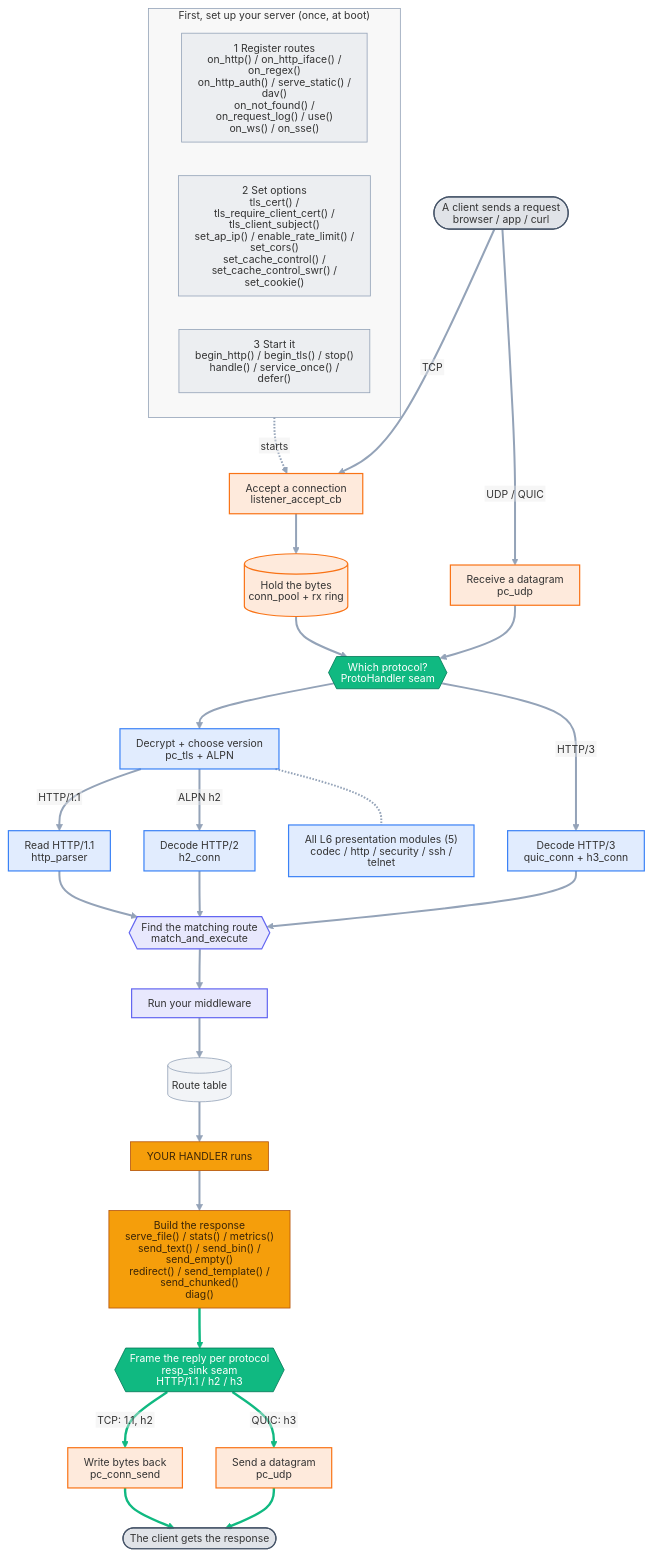
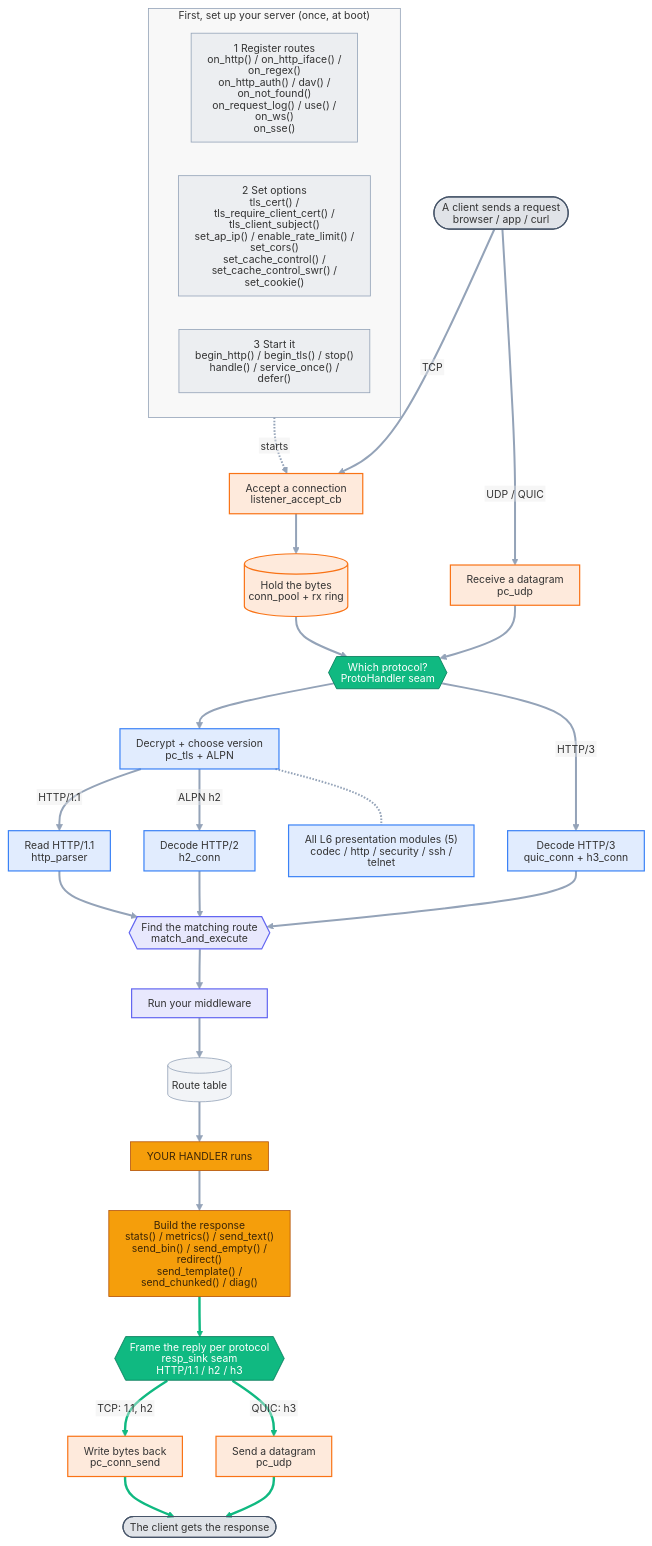
One commit to dstroy0/DeterministicESPAsyncWebServer changed the diagram in docs/diagrams/api_flow_detail.mmd. Above: the diagram before and after it, drawn with Mermaid. The commit also changed 7 other files, not shown here.

```diff
--- a/docs/diagrams/api_flow_detail.mmd
+++ b/docs/diagrams/api_flow_detail.mmd
@@ -1,71 +1,71 @@
 %%{init: {'htmlLabels':false,'themeVariables':{'fontFamily':'sans-serif','fontSize':'13px','lineColor':'#94a3b8'},'flowchart':{'curve':'basis','nodeSpacing':42,'rankSpacing':50,'padding':10,'useMaxWidth':true,'htmlLabels':false}}}%%
 flowchart TB
   %% Auto-generated from the public API, proto_builtins.cpp, and presentation/ on disk.
   subgraph SETUP["First, set up your server (once, at boot)"]
     direction LR
-    reg["1 Register routes<br/>on_http() / on_http_iface() / on_regex()<br/>on_http_auth() / serve_static() / dav()<br/>on_not_found() / on_request_log() / use()<br/>on_ws() / on_sse()"]
+    reg["1 Register routes<br/>on_http() / on_http_iface() / on_regex()<br/>on_http_auth() / dav() / on_not_found()<br/>on_request_log() / use() / on_ws()<br/>on_sse()"]
     cfg["2 Set options<br/>tls_cert() / tls_require_client_cert() / tls_client_subject()<br/>set_ap_ip() / enable_rate_limit() / set_cors()<br/>set_cache_control() / set_cache_control_swr() / set_cookie()"]
     run["3 Start it<br/>begin_http() / begin_tls() / stop()<br/>handle() / service_once() / defer()"]
   end
 
   cin(["A client sends a request<br/>browser / app / curl"])
   listen["Accept a connection<br/>listener_accept_cb"]
   ring[("Hold the bytes<br/>conn_pool + rx ring")]
   udprx["Receive a datagram<br/>pc_udp"]
   seam{{"Which protocol?<br/>ProtoHandler seam<br/>"}}
   tls["Decrypt + choose version<br/>pc_tls + ALPN"]
   parser["Read HTTP/1.1<br/>http_parser"]
   h2["Decode HTTP/2<br/>h2_conn"]
   h3["Decode HTTP/3<br/>quic_conn + h3_conn"]
   mae{{"Find the matching route<br/>match_and_execute"}}
   mw["Run your middleware"]
   routes[("Route table")]
   handler["YOUR HANDLER runs"]
-  resp["Build the response<br/>serve_file() / stats() / metrics()<br/>send_text() / send_bin() / send_empty()<br/>redirect() / send_template() / send_chunked()<br/>diag()"]
+  resp["Build the response<br/>stats() / metrics() / send_text()<br/>send_bin() / send_empty() / redirect()<br/>send_template() / send_chunked() / diag()"]
   sink{{"Frame the reply per protocol<br/>resp_sink seam<br/>HTTP/1.1 / h2 / h3"}}
   consend["Write bytes back<br/>pc_conn_send"]
   udptx["Send a datagram<br/>pc_udp"]
   cout(["The client gets the response"])
   mods["All L6 presentation modules (5)<br/>codec / http / security / ssh / telnet"]
 
   run -.->|starts| listen
   cin ==>|TCP| listen
   listen --> ring
   ring --> seam
   cin ==>|UDP / QUIC| udprx
   udprx --> seam
   seam --> tls
   tls -->|HTTP/1.1| parser
   tls -->|ALPN h2| h2
   seam -->|HTTP/3| h3
   parser --> mae
   h2 --> mae
   h3 --> mae
   mae --> mw
   mw --> routes
   routes --> handler
   handler --> resp
   resp --> sink
   sink -->|TCP: 1.1, h2| consend
   sink -->|QUIC: h3| udptx
   consend ==> cout
   udptx ==> cout
   tls -.- mods
 
   class cin,cout ext;
   class reg,cfg,run,routes setup;
   class listen,ring,udprx,udptx,consend l4;
   class seam,sink seam;
   class tls,parser,h2,h3,mods l6;
   class mae,mw l7;
   class handler,resp you;
   classDef ext fill:#64748b33,stroke:#475569,stroke-width:1.5px;
   classDef setup fill:#94a3b81f,stroke:#94a3b8;
   classDef l4 fill:#f9731626,stroke:#f97316,stroke-width:1.5px;
   classDef seam fill:#10b981,stroke:#047857,color:#ffffff;
   classDef l6 fill:#3b82f626,stroke:#3b82f6,stroke-width:1.5px;
   classDef l7 fill:#6366f126,stroke:#6366f1,stroke-width:1.5px;
   classDef you fill:#f59e0b,stroke:#b45309,color:#3b2508;
   style SETUP fill:#8888880f,stroke:#94a3b8,stroke-width:1px;
   linkStyle default stroke-width:2.5px;
   linkStyle 17,18,19,20,21 stroke:#10b981,stroke-width:3px;
```
